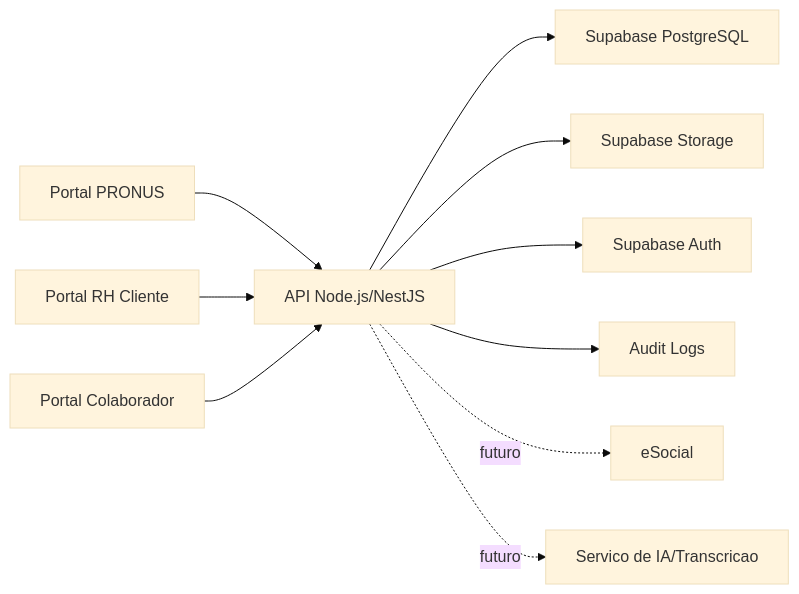
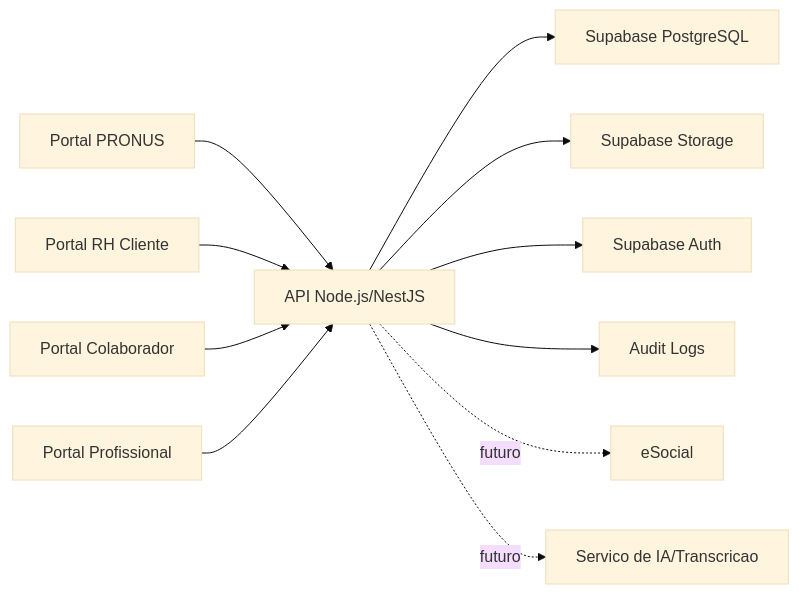
The diagram in docs/arquitetura-tecnica-inicial-pronus-labor-360.md (MarcobrazBR/pronus-labor-360), drawn with Mermaid (base theme) before and after one commit. The commit also changed other lines of this file and 7 other files, not shown here.

Commit message:
feat: adiciona prontuario no portal profissional

````diff
--- a/docs/arquitetura-tecnica-inicial-pronus-labor-360.md
+++ b/docs/arquitetura-tecnica-inicial-pronus-labor-360.md
@@ -441,12 +480,13 @@
 ```mermaid
 flowchart LR
   A["Portal PRONUS"] --> D["API Node.js/NestJS"]
   B["Portal RH Cliente"] --> D
   C["Portal Colaborador"] --> D
   D --> E["Supabase PostgreSQL"]
   D --> F["Supabase Storage"]
   D --> G["Supabase Auth"]
   D --> H["Audit Logs"]
   D -. futuro .-> I["eSocial"]
   D -. futuro .-> J["Servico de IA/Transcricao"]
+  K["Portal Profissional"] --> D
 ```
````
